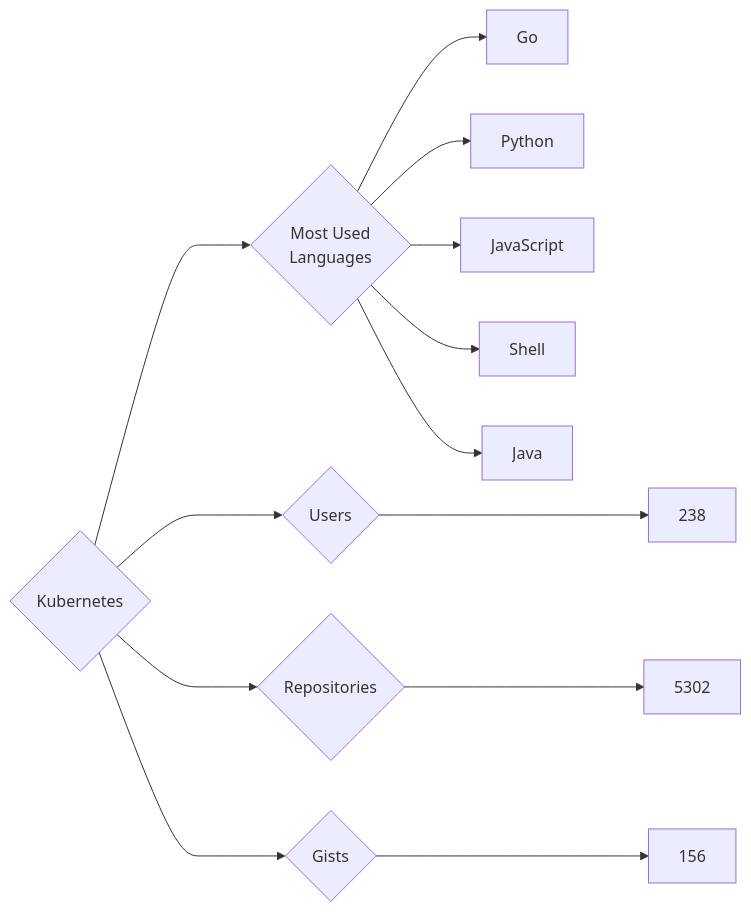
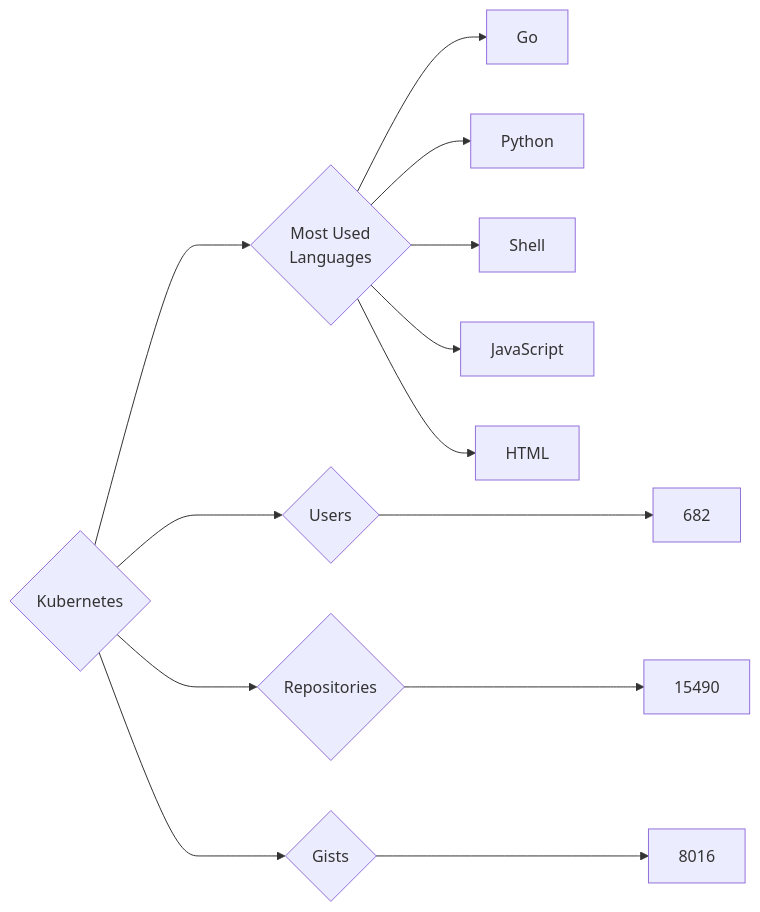
The diagram in targets/Kubernetes/README.md (trickest/insiders), drawn with Mermaid before and after one commit. The commit also changed 629 other files, not shown here.

````diff
--- a/targets/Kubernetes/README.md
+++ b/targets/Kubernetes/README.md
@@ -3,13 +3,13 @@
 ```mermaid
 graph LR
 COMPANY_NAME{Kubernetes}
-COMPANY_NAME ---> U{Users} ---> UN[238]
-COMPANY_NAME ---> R{Repositories} ---> RN[5302]
-COMPANY_NAME ---> G{Gists} ---> GN[156]
+COMPANY_NAME ---> U{Users} ---> UN[682]
+COMPANY_NAME ---> R{Repositories} ---> RN[15490]
+COMPANY_NAME ---> G{Gists} ---> GN[8016]
 COMPANY_NAME ---> ML{Most Used<br>Languages}
 ML --> Go[Go]
 ML --> Python[Python]
+ML --> Shell[Shell]
 ML --> JavaScript[JavaScript]
-ML --> Shell[Shell]
-ML --> Java[Java]
+ML --> HTML[HTML]
 ```
````
